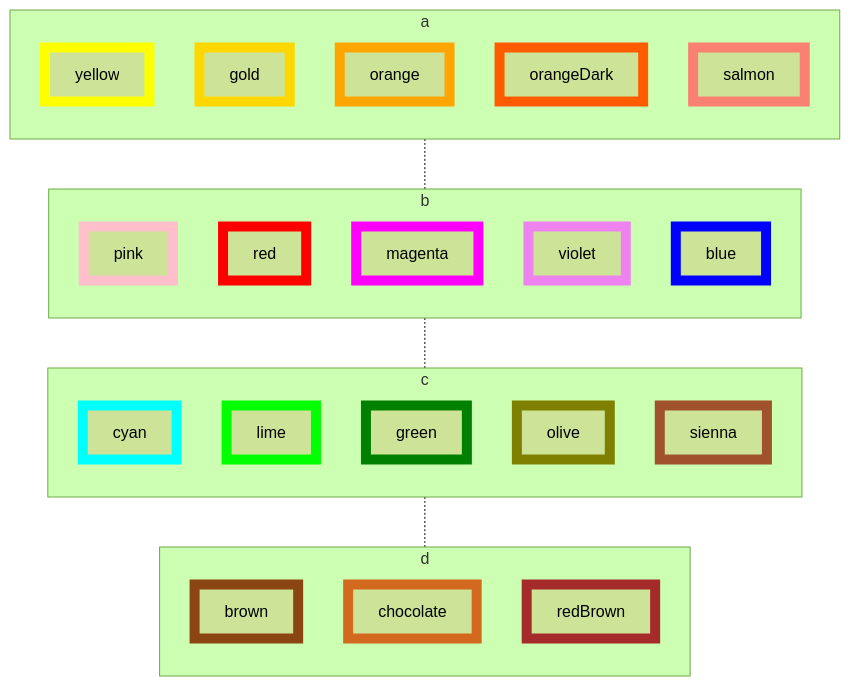
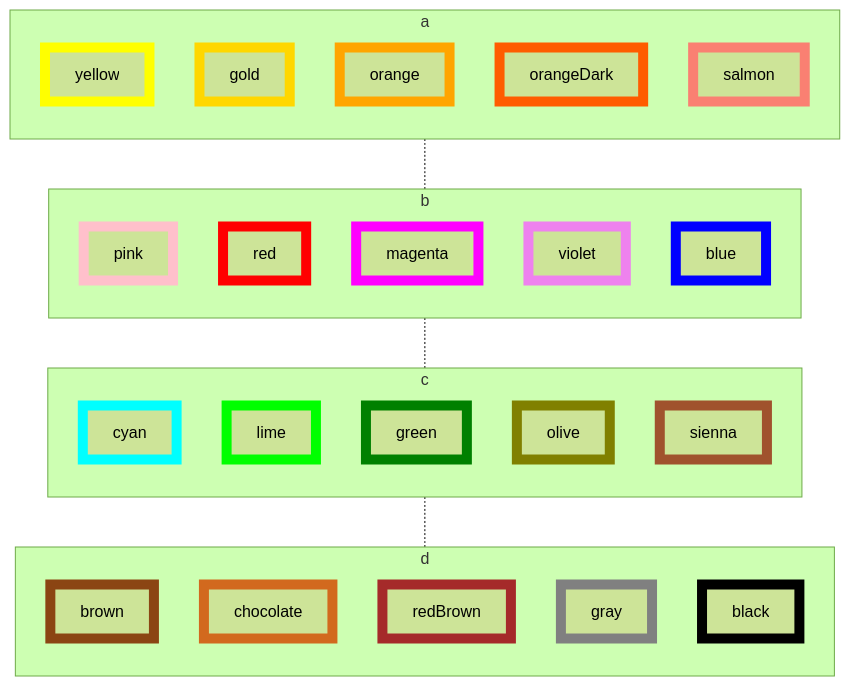
Before and after one commit to Ee-Cs/Ee-Cs.github.io: the second of 2 diagrams in files/fill-and-stroke-colors.md, drawn with Mermaid (forest theme).

````diff
--- a/files/fill-and-stroke-colors.md
+++ b/files/fill-and-stroke-colors.md
@@ -28,53 +28,57 @@
 ```mermaid
 flowchart TB
 subgraph a
     direction TB
     yellow:::yellow
     gold:::gold
     orange:::orange
     orangeDark:::orangeDark
     salmon:::salmon
 end
 subgraph b
     direction TB
     pink:::pink
     red:::red
     magenta:::magenta
     violet:::violet
     blue:::blue
 end
 subgraph c
     direction TB
     cyan:::cyan
     lime:::lime
     green:::green
     olive:::olive
     sienna:::sienna
 end
 subgraph d
     direction TB
     brown:::brown
     chocolate:::chocolate
     redBrown:::redBrown
+    gray:::gray
+    black:::black
 end
 a -.- b -.- c -.- d
 %% Styles
+    classDef black stroke:black,stroke-width:10px
+    classDef blue stroke:blue,stroke-width:10px
     classDef brown stroke:saddlebrown,stroke-width:10px
-    classDef blue stroke:blue,stroke-width:10px
     classDef chocolate stroke:chocolate,stroke-width:10px
     classDef cyan stroke:cyan,stroke-width:10px
     classDef gold stroke:gold,stroke-width:10px
+    classDef gray stroke:gray,stroke-width:10px
     classDef green stroke:green,stroke-width:10px
     classDef lime stroke:lime,stroke-width:10px
     classDef magenta stroke:magenta,stroke-width:10px
     classDef olive stroke:olive,stroke-width:10px
     classDef orange stroke:orange,stroke-width:10px
     classDef orangeDark stroke:#FF5C00,stroke-width:10px
     classDef pink stroke:pink,stroke-width:10px
     classDef red stroke:red,stroke-width:10px
     classDef redBrown stroke:brown,stroke-width:10px
     classDef salmon stroke:salmon,stroke-width:10px
     classDef sienna stroke:sienna,stroke-width:10px
     classDef violet stroke:violet,stroke-width:10px
     classDef yellow stroke:yellow,stroke-width:10px
 ```
````
